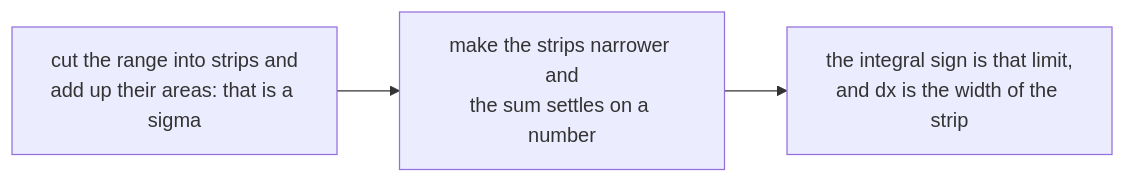
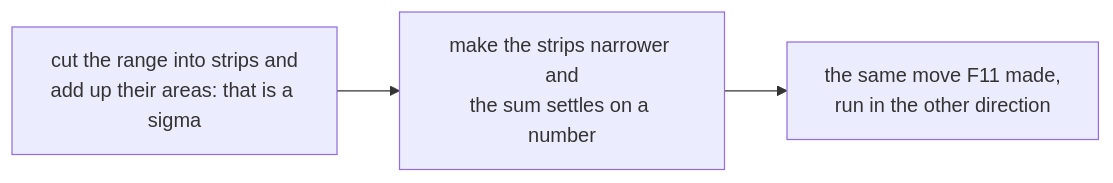
Before and after one commit to konradcinkusz/math-for-ai-engineers: the diagram in figures/mermaid/en/f13-sum-to-integral.mmd, drawn with Mermaid. The commit also changed 24 other files, not shown here.

```diff
--- a/figures/mermaid/en/f13-sum-to-integral.mmd
+++ b/figures/mermaid/en/f13-sum-to-integral.mmd
@@ -1,4 +1,4 @@
 flowchart LR
   A["cut the range into strips and<br/>add up their areas: that is a sigma"]
   A --> B["make the strips narrower and<br/>the sum settles on a number"]
-  B --> C["the integral sign is that limit,<br/>and dx is the width of the strip"]
+  B --> C["the same move F11 made,<br/>run in the other direction"]
```
